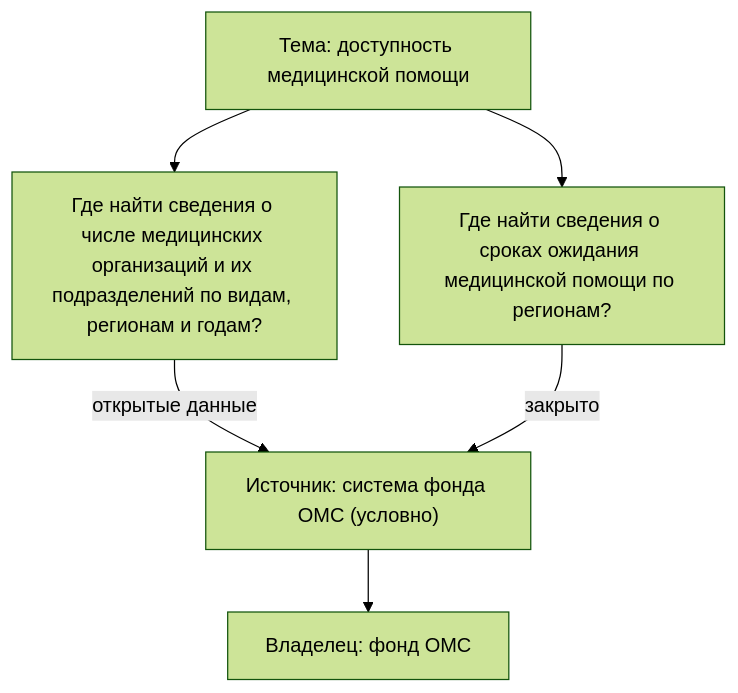
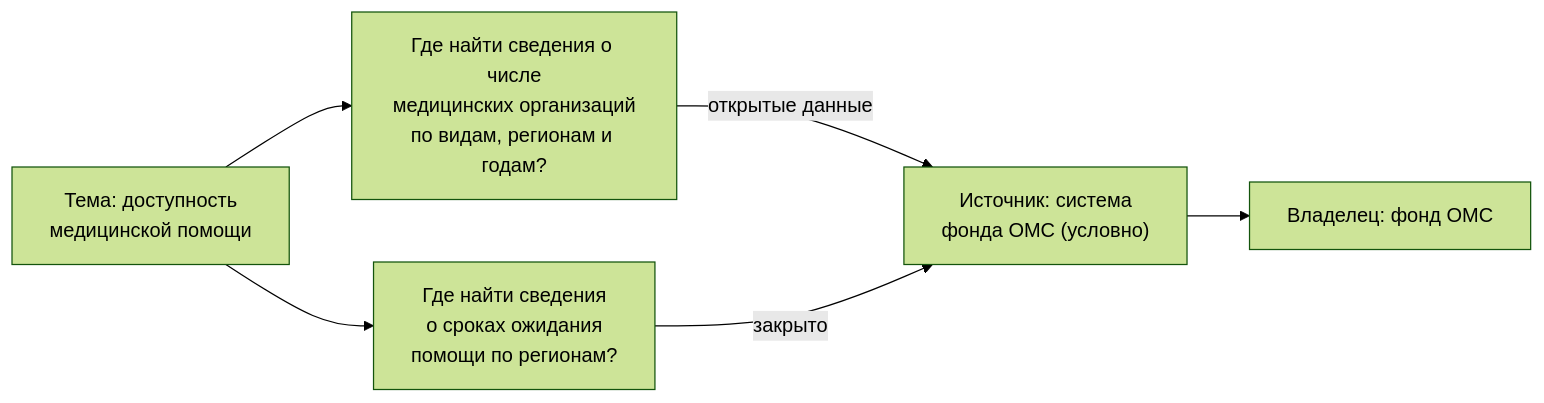
The first of 5 diagrams in docs/02-approaches/04-data-maps.md (ivbeg/data-inventory), drawn with Mermaid (forest theme) before and after one commit. The commit also changed other lines of this file and 54 other files, not shown here.

````diff
--- a/docs/02-approaches/04-data-maps.md
+++ b/docs/02-approaches/04-data-maps.md
@@ -43,8 +41,8 @@
 ```mermaid
-flowchart TB
-  T["Тема: доступность медицинской помощи"] --> Q1["Где найти сведения о числе медицинских организаций и их подразделений по видам, регионам и годам?"]
-  T --> Q2["Где найти сведения о сроках ожидания медицинской помощи по регионам?"]
-  Q1 -- "открытые данные" --> S["Источник: система фонда ОМС (условно)"]
+flowchart LR
+  T["Тема: доступность<br/>медицинской помощи"] --> Q1["Где найти сведения о числе<br/>медицинских организаций<br/>по видам, регионам и годам?"]
+  T --> Q2["Где найти сведения<br/>о сроках ожидания<br/>помощи по регионам?"]
+  Q1 -- "открытые данные" --> S["Источник: система<br/>фонда ОМС (условно)"]
   Q2 -- "закрыто" --> S
   S --> O["Владелец: фонд ОМС"]
 ```
````
